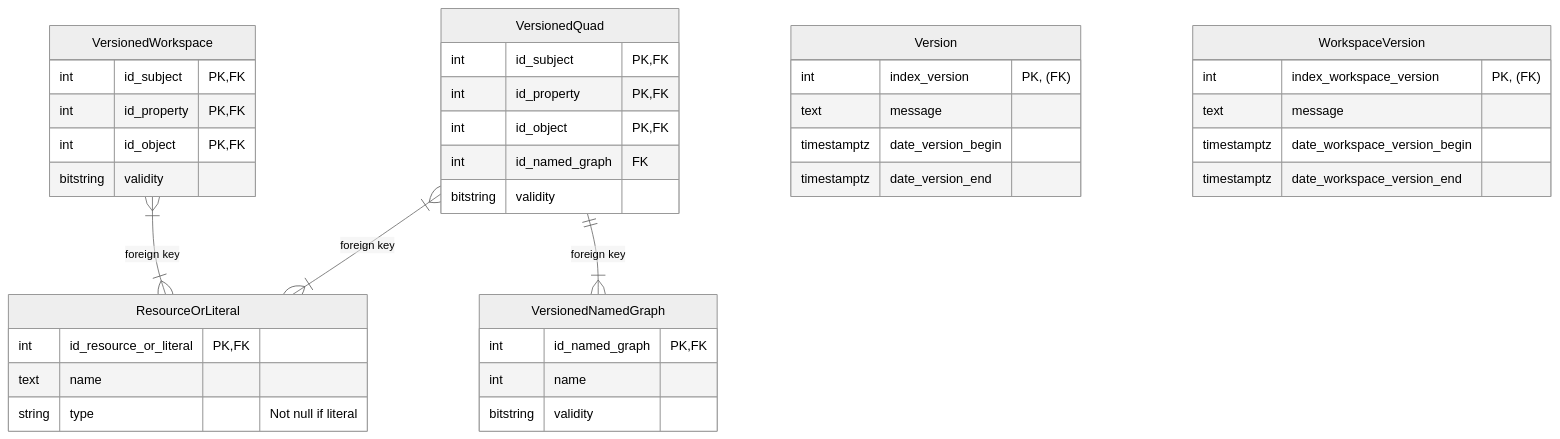
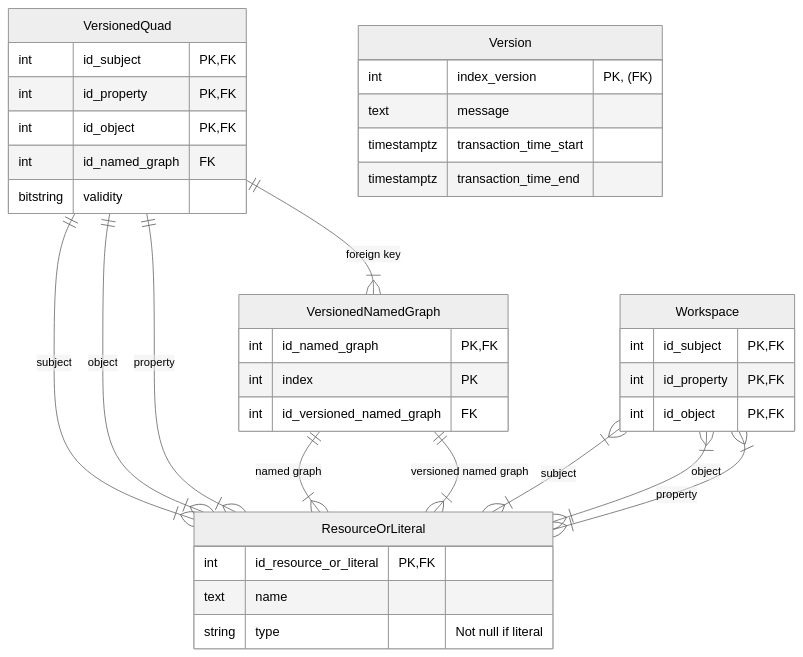
The first of 4 diagrams in Readme.md (VCityTeam/ConVer-G), drawn with Mermaid (neutral theme) before and after one commit. The commit also changed other lines of this file and 10 other files, not shown here.

Commit message:
Improvements: - Updated MCD - TODO: Update schema

````diff
--- a/Readme.md
+++ b/Readme.md
@@ -79,42 +79,40 @@
 ```mermaid
 erDiagram
-  VersionedQuad }|--|{ ResourceOrLiteral: "foreign key"
-  VersionedWorkspace }|--|{ ResourceOrLiteral: "foreign key"
+  VersionedQuad ||--|{ ResourceOrLiteral: "subject"
+  VersionedQuad ||--|{ ResourceOrLiteral: "object"
+  VersionedQuad ||--|{ ResourceOrLiteral: "property"
+  VersionedNamedGraph ||--|{ ResourceOrLiteral: "named graph"
+  VersionedNamedGraph ||--|{ ResourceOrLiteral: "versioned named graph"
+  Workspace }|--|{ ResourceOrLiteral: "subject"
+  Workspace }|--|{ ResourceOrLiteral: "object"
+  Workspace }|--|{ ResourceOrLiteral: "property"
   VersionedQuad ||--|{ VersionedNamedGraph: "foreign key"
   VersionedQuad {
     int id_subject PK, FK
     int id_property PK, FK
     int id_object PK, FK
     int id_named_graph FK
     bitstring validity
   }
   VersionedNamedGraph {
     int id_named_graph PK, FK
-    int name
-    bitstring validity
+    int index PK
+    int id_versioned_named_graph FK
   }
   ResourceOrLiteral {
     int id_resource_or_literal PK, FK
     text name
     string type "Not null if literal"
   }
   Version {
     int index_version "PK, (FK)"
     text message
-    timestamptz date_version_begin
-    timestamptz date_version_end
+    timestamptz transaction_time_start
+    timestamptz transaction_time_end
   }
-
-  VersionedWorkspace {
+  Workspace {
     int id_subject PK, FK
     int id_property PK, FK
     int id_object PK, FK
-    bitstring validity
-  }
-  WorkspaceVersion {
-    int index_workspace_version "PK, (FK)"
-    text message
-    timestamptz date_workspace_version_begin
-    timestamptz date_workspace_version_end
   }
 ```
````
